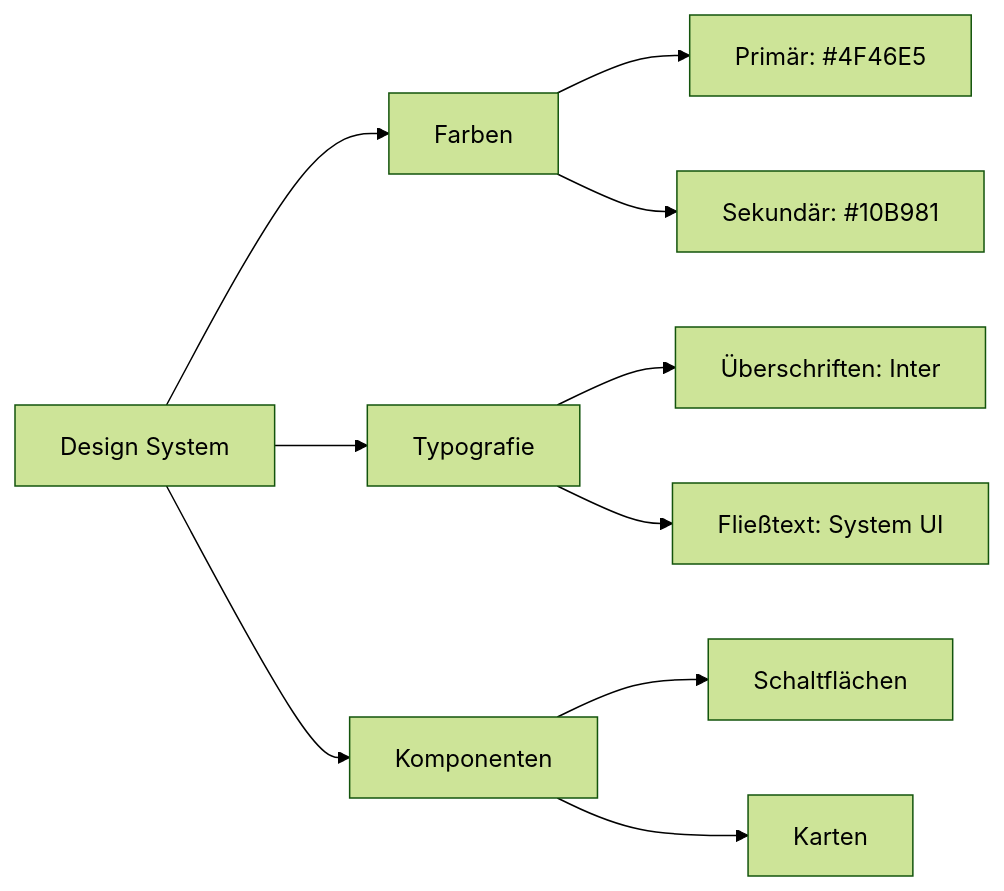
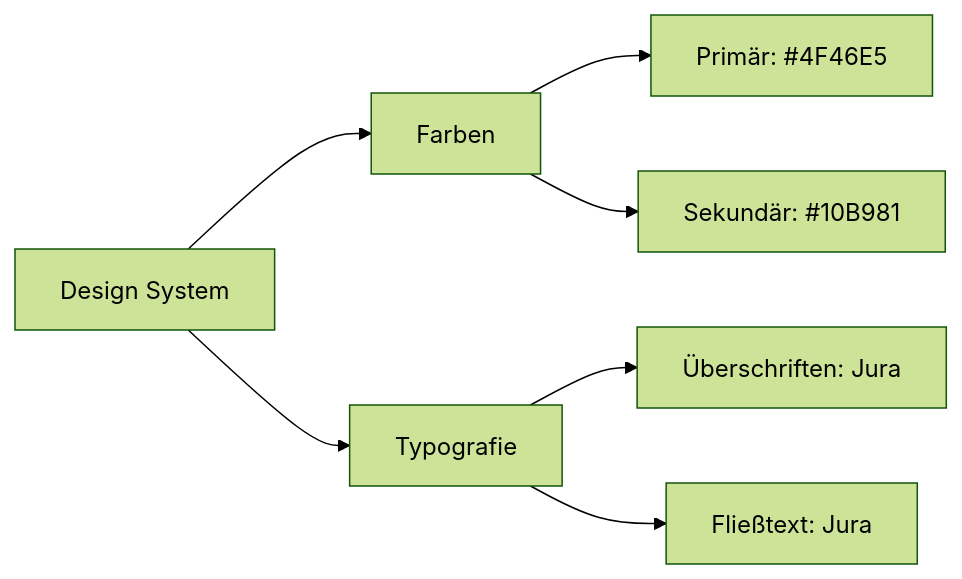
Before and after one commit to balefulduck/handout: the second of 2 diagrams in README.md, drawn with Mermaid (forest theme).

````diff
--- a/README.md
+++ b/README.md
@@ -42,12 +42,9 @@
 ```mermaid
 flowchart LR
     A[Design System] --> B[Farben]
     A --> C[Typografie]
-    A --> D[Komponenten]
     B --> E[Primär: #4F46E5]
     B --> F[Sekundär: #10B981]
-    C --> G[Überschriften: Inter]
-    C --> H[Fließtext: System UI]
-    D --> I[Schaltflächen]
-    D --> J[Karten]
+    C --> G[Überschriften: Jura]
+    C --> H[Fließtext: Jura]
 ```
````
